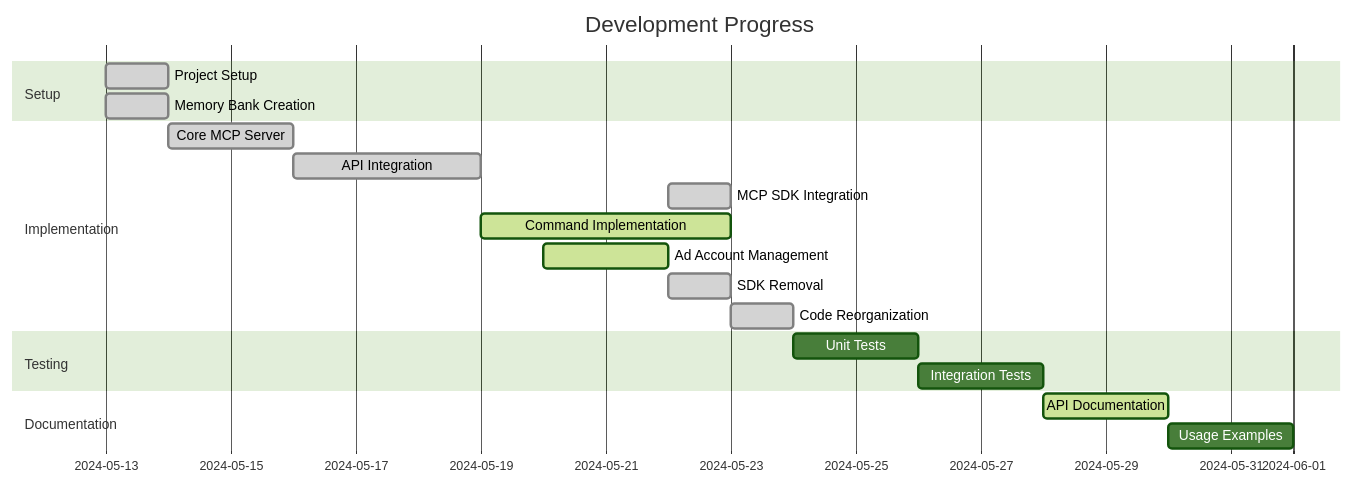
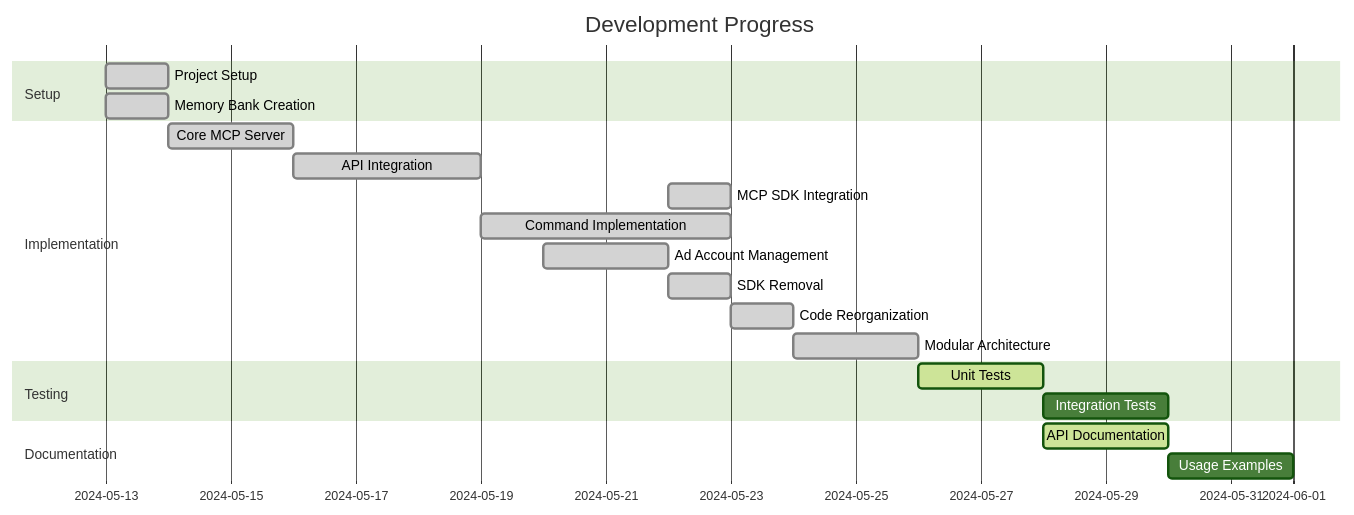
One commit to hafidsousa/meta-mcp changed the diagram in memory-bank/activeContext.md. Above: the diagram before and after it, drawn with Mermaid (forest theme). The commit also changed other lines of this file and 25 other files, not shown here.

````diff
--- a/memory-bank/activeContext.md
+++ b/memory-bank/activeContext.md
@@ -167,22 +265,23 @@
 ```mermaid
 gantt
     title Development Progress
     dateFormat  YYYY-MM-DD
     section Setup
     Project Setup           :done, 2024-05-13, 1d
     Memory Bank Creation    :done, 2024-05-13, 1d
     section Implementation
     Core MCP Server        :done, 2024-05-14, 2d
     API Integration        :done, 2024-05-16, 3d
     MCP SDK Integration    :done, 2024-05-22, 1d
-    Command Implementation :active, 2024-05-19, 4d
-    Ad Account Management  :active, 2024-05-20, 2d
+    Command Implementation :done, 2024-05-19, 4d
+    Ad Account Management  :done, 2024-05-20, 2d
     SDK Removal            :done, 2024-05-22, 1d
     Code Reorganization    :done, 2024-05-23, 1d
+    Modular Architecture   :done, 2024-05-24, 2d
     section Testing
-    Unit Tests            :2024-05-24, 2d
-    Integration Tests     :2024-05-26, 2d
+    Unit Tests            :active, 2024-05-26, 2d
+    Integration Tests     :2024-05-28, 2d
     section Documentation
     API Documentation     :active, 2024-05-28, 2d
     Usage Examples        :2024-05-30, 2d
 ```
````
